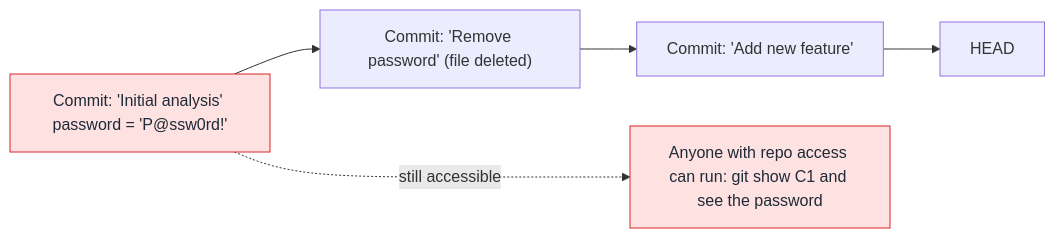
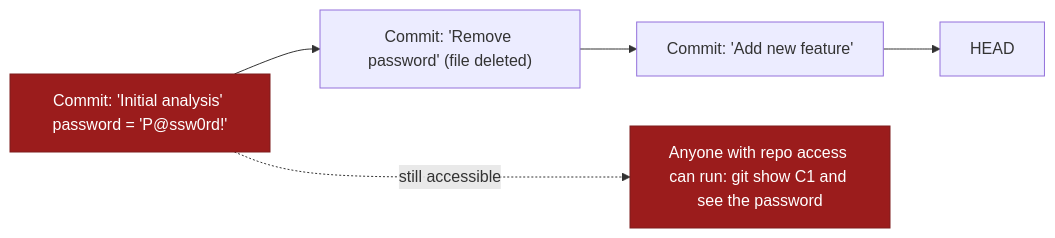
One commit to Ch3w3y/docker_gcp changed the diagram in docs/code-sanitisation.md. Above: the diagram before and after it, drawn with Mermaid. The commit also changed 8 other files, not shown here.

First line of the commit message:
fix(a11y): replace all pastel Mermaid fills with PHW-aligned semantic palette

````diff
--- a/docs/code-sanitisation.md
+++ b/docs/code-sanitisation.md
@@ -15,14 +15,14 @@
 ```mermaid
 flowchart LR
     C1["Commit: 'Initial analysis' password = 'P@ssw0rd!'"] --> C2
     C2["Commit: 'Remove password' (file deleted)"] --> C3
     C3["Commit: 'Add new feature'"] --> C4
     C4["HEAD"]
 
     BAD["Anyone with repo access can run: git show C1 and see the password"]
 
     C1 -..->|"still accessible"| BAD
 
-    style C1 fill:#fee2e2,stroke:#dc2626,color:#1f2937
-    style BAD fill:#fee2e2,stroke:#dc2626,color:#1f2937
+    style C1 fill:#9b1c1c,stroke:#7f1d1d,color:#ffffff
+    style BAD fill:#9b1c1c,stroke:#7f1d1d,color:#ffffff
 ```
````
